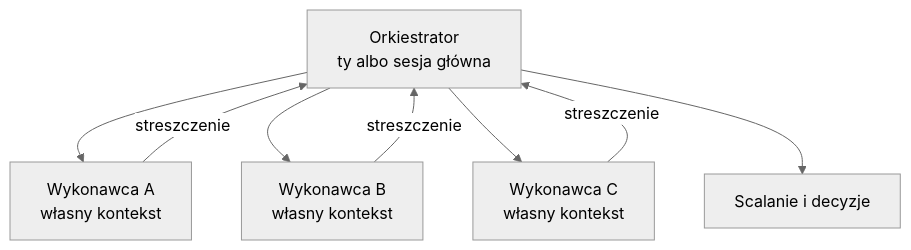
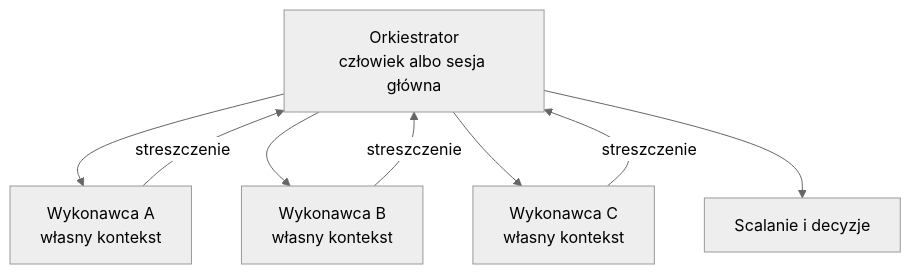
One commit to marianwitkowski/kurs-ai-assisted-development changed the diagram in 06-orkiestracja/teoria.md. Above: the diagram before and after it, drawn with Mermaid (neutral theme). The commit also changed other lines of this file and 71 other files, not shown here.

````diff
--- a/06-orkiestracja/teoria.md
+++ b/06-orkiestracja/teoria.md
@@ -32,10 +32,10 @@
 ```mermaid
 graph TD
-  O[Orkiestrator<br/>ty albo sesja główna] --> A[Wykonawca A<br/>własny kontekst]
+  O[Orkiestrator<br/>człowiek albo sesja główna] --> A[Wykonawca A<br/>własny kontekst]
   O --> B[Wykonawca B<br/>własny kontekst]
   O --> C[Wykonawca C<br/>własny kontekst]
   A -->|streszczenie| O
   B -->|streszczenie| O
   C -->|streszczenie| O
   O --> S[Scalanie i decyzje]
 ```
````
